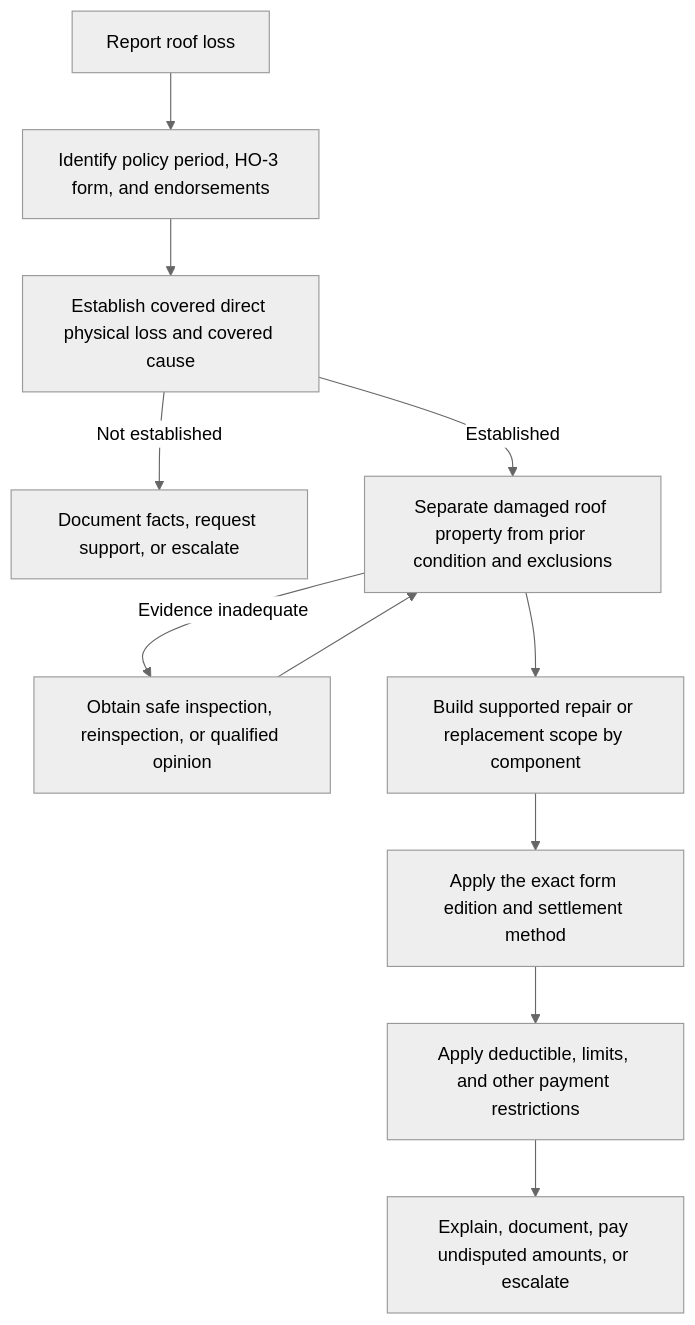
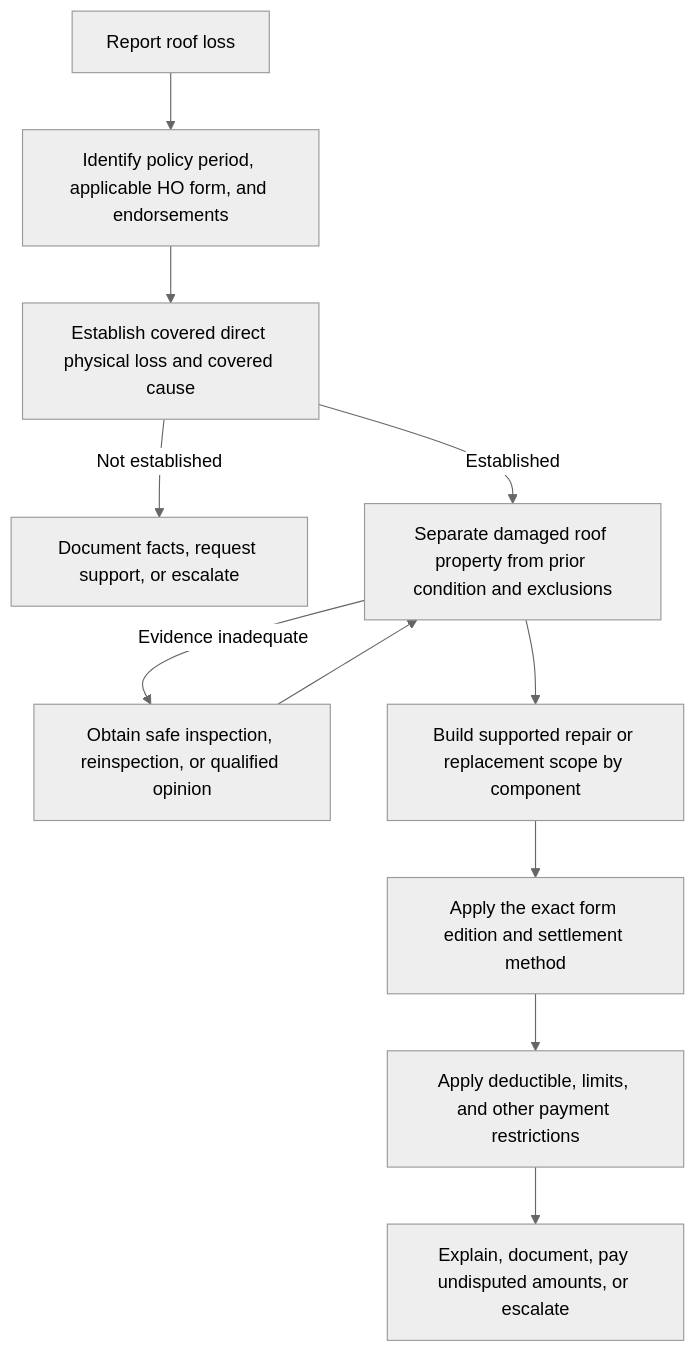
One commit to eugeneliu-86/openwiki-insurance-corpus changed the diagram in openwiki/coverage/settlement/roof-settlement.md. Above: the diagram before and after it, drawn with Mermaid (neutral theme). The commit also changed other lines of this file and 109 other files, not shown here.

````diff
--- a/openwiki/coverage/settlement/roof-settlement.md
+++ b/openwiki/coverage/settlement/roof-settlement.md
@@ -38,13 +44,13 @@
 ```mermaid
 flowchart TD
-    start["Report roof loss"] --> policy["Identify policy period, HO-3 form, and endorsements"]
+    start["Report roof loss"] --> policy["Identify policy period, applicable HO form, and endorsements"]
     policy --> coverage["Establish covered direct physical loss and covered cause"]
     coverage -->|"Not established"| investigate["Document facts, request support, or escalate"]
     coverage -->|"Established"| scope["Separate damaged roof property from prior condition and exclusions"]
     scope -->|"Evidence inadequate"| expert["Obtain safe inspection, reinspection, or qualified opinion"]
     expert --> scope
     scope --> estimate["Build supported repair or replacement scope by component"]
     estimate --> valuation["Apply the exact form edition and settlement method"]
     valuation --> payment["Apply deductible, limits, and other payment restrictions"]
     payment --> communicate["Explain, document, pay undisputed amounts, or escalate"]
 ```
````
